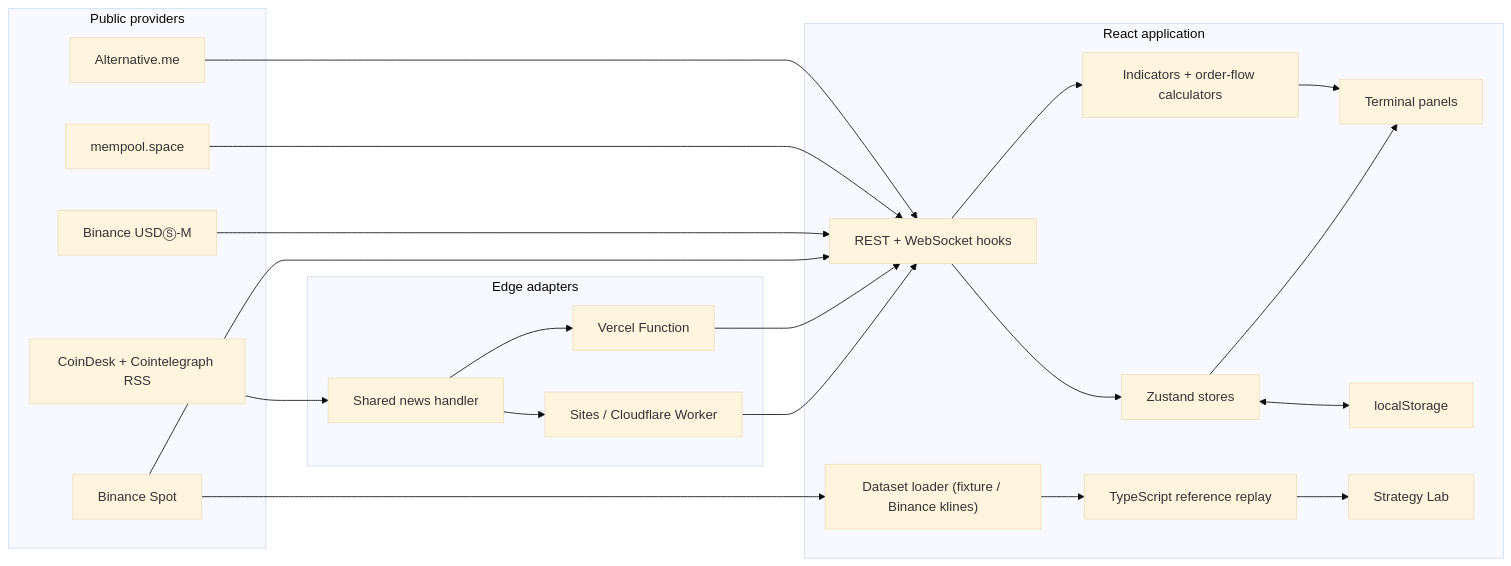
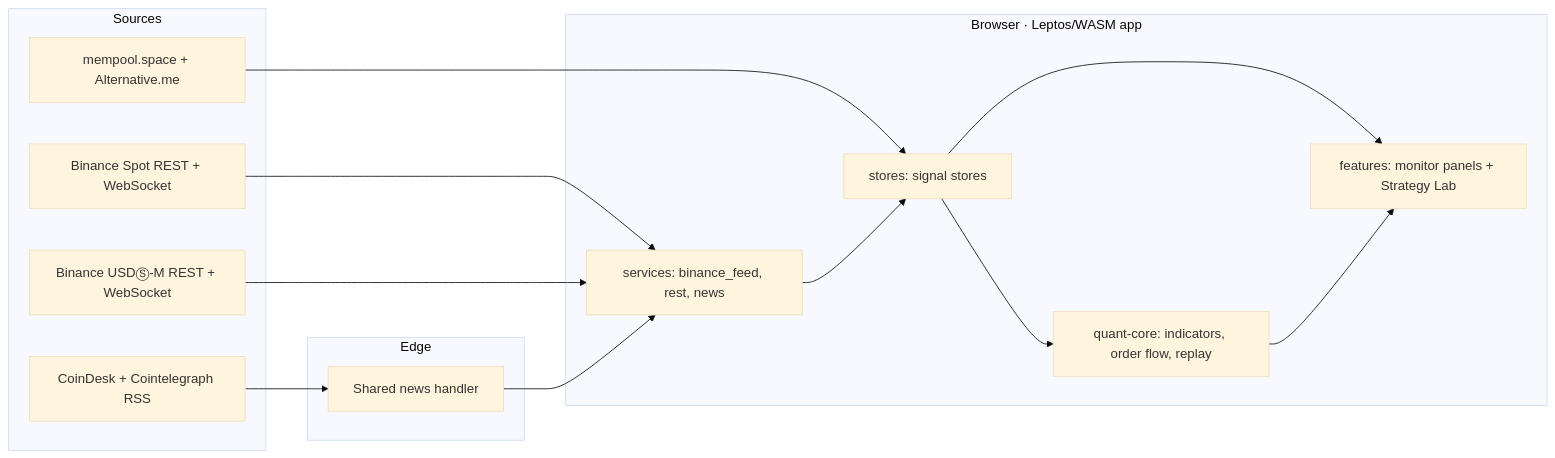
Before and after one commit to JWHaan/quant.term: the first of 2 diagrams in ARCHITECTURE.md, drawn with Mermaid (base theme). The commit also changed other lines of this file and 16 other files, not shown here.

First line of the commit message:
docs: align repo with Rust/WASM + Leptos architecture

```diff
--- a/ARCHITECTURE.md
+++ b/ARCHITECTURE.md
@@ -7,45 +13,28 @@
 ~~~mermaid
 flowchart LR
-    subgraph Sources["Public providers"]
-        BS["Binance Spot"]
-        BF["Binance USDⓈ-M"]
-        RSS["CoinDesk + Cointelegraph RSS"]
-        MP["mempool.space"]
-        FG["Alternative.me"]
+    subgraph Sources
+        SPOT[Binance Spot REST + WebSocket]
+        FUT[Binance USDⓈ-M REST + WebSocket]
+        RSS[CoinDesk + Cointelegraph RSS]
+        NET[mempool.space + Alternative.me]
     end
 
-    subgraph Edge["Edge adapters"]
-        News["Shared news handler"]
-        Sites["Sites / Cloudflare Worker"]
-        Vercel["Vercel Function"]
+    subgraph Edge
+        NEWS[Shared news handler]
     end
 
-    subgraph Browser["React application"]
-        Feeds["REST + WebSocket hooks"]
-        Stores["Zustand stores"]
-        Calc["Indicators + order-flow calculators"]
-        UI["Terminal panels"]
-        Local["localStorage"]
-        Lab["Strategy Lab"]
-        TSReplay["TypeScript reference replay"]
-        Datasets["Dataset loader (fixture / Binance klines)"]
+    subgraph Browser["Browser · Leptos/WASM app"]
+        FEEDS[services: binance_feed, rest, news]
+        STORES[stores: signal stores]
+        CORE[quant-core: indicators, order flow, replay]
+        PANELS[features: monitor panels + Strategy Lab]
     end
 
-    RSS --> News
-    News --> Sites
-    News --> Vercel
-    Sites --> Feeds
-    Vercel --> Feeds
-    BS --> Feeds
-    BF --> Feeds
-    BS --> Datasets
-    MP --> Feeds
-    FG --> Feeds
-    Feeds --> Stores
-    Feeds --> Calc
-    Stores --> UI
-    Calc --> UI
-    Stores <--> Local
-    Datasets --> TSReplay
-    TSReplay --> Lab
+    SPOT --> FEEDS
+    FUT --> FEEDS
+    NET --> STORES
+    RSS --> NEWS --> FEEDS
+    FEEDS --> STORES --> PANELS
+    STORES --> CORE
+    CORE --> PANELS
 ~~~
```
